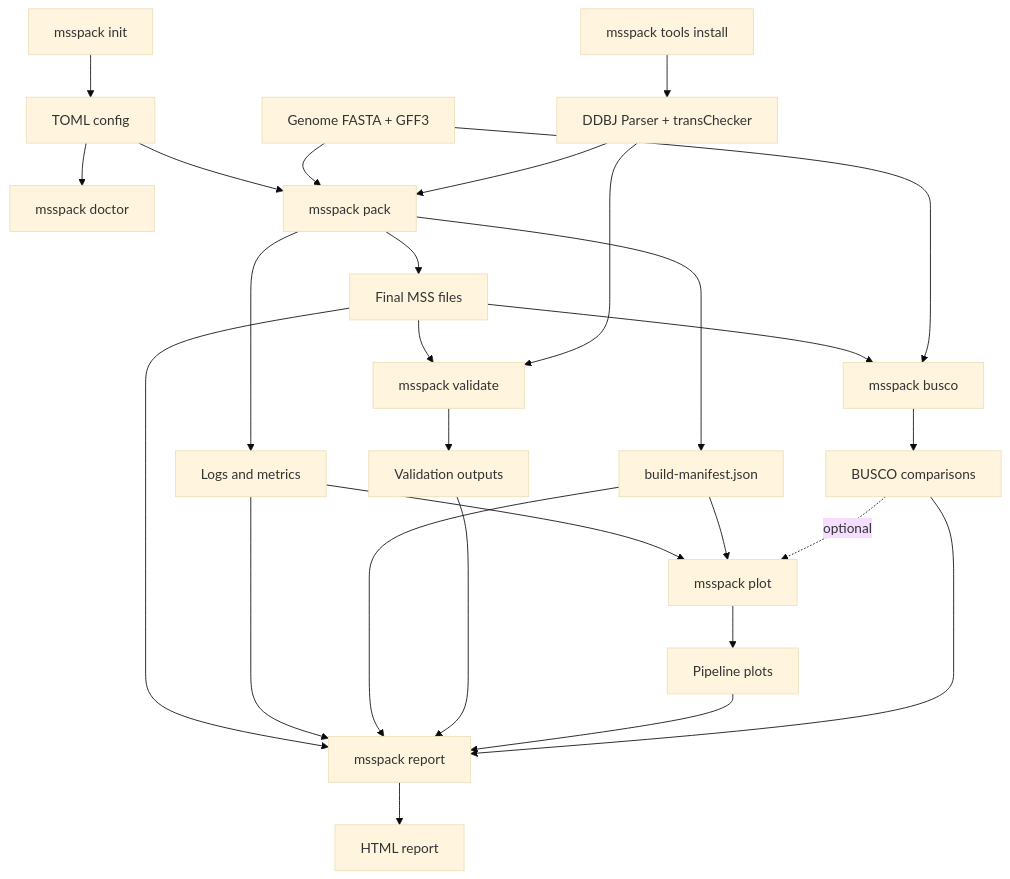
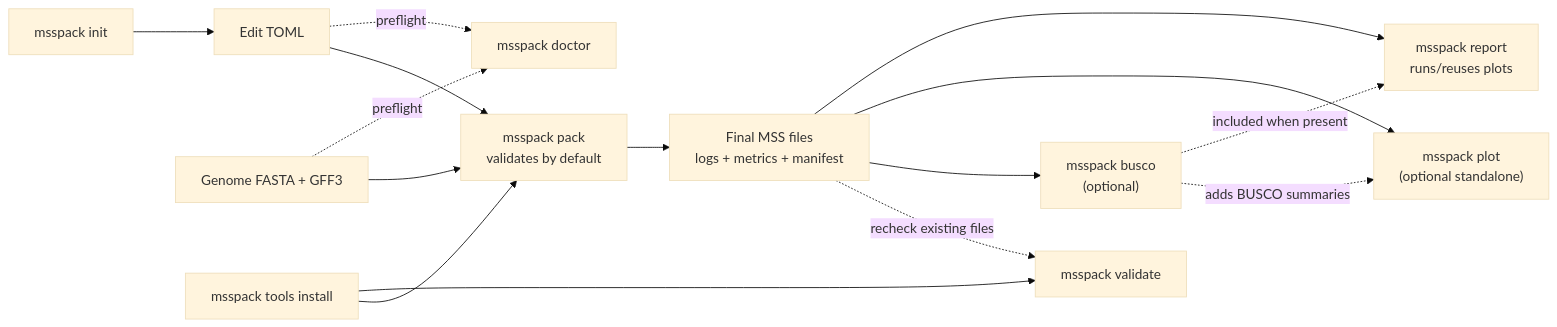
Before and after one commit to kfuku52/msspack: the diagram in README.md, drawn with Mermaid (base theme). The commit also changed other lines of this file and 10 other files, not shown here.

````diff
--- a/README.md
+++ b/README.md
@@ -107,40 +103,17 @@
 ```mermaid
-flowchart TD
-  Config["TOML config"]
-  Inputs["Genome FASTA + GFF3"]
-  Tools["DDBJ Parser + transChecker"]
-  FinalFiles["Final MSS files"]
-  Logs["Logs and metrics"]
-  Manifest["build-manifest.json"]
-  Validation["Validation outputs"]
-  Plots["Pipeline plots"]
-  Busco["BUSCO comparisons"]
-  Report["HTML report"]
-
-  Init["msspack init"] --> Config
-  Config --> Doctor["msspack doctor"]
-  Install["msspack tools install"] --> Tools
-  Config --> Pack["msspack pack"]
-  Inputs --> Pack
-  Tools --> Pack
-  Pack --> FinalFiles
-  Pack --> Logs
-  Pack --> Manifest
-  FinalFiles --> Validate["msspack validate"]
-  Tools --> Validate
-  Validate --> Validation
-  Logs --> Plot["msspack plot"]
-  Manifest --> Plot
-  Plot --> Plots
-  FinalFiles --> BuscoCmd["msspack busco"]
-  Inputs --> BuscoCmd
-  BuscoCmd --> Busco
-  Busco -. optional .-> Plot
-  FinalFiles --> ReportCmd["msspack report"]
-  Logs --> ReportCmd
-  Manifest --> ReportCmd
-  Validation --> ReportCmd
-  Plots --> ReportCmd
-  Busco --> ReportCmd
-  ReportCmd --> Report
+flowchart LR
+  Init["msspack init"] --> Config["Edit TOML"]
+  Config --> Pack["msspack pack<br/>validates by default"]
+  Inputs["Genome FASTA + GFF3"] --> Pack
+  Install["msspack tools install"] --> Pack
+  Config -. preflight .-> Doctor["msspack doctor"]
+  Inputs -. preflight .-> Doctor
+  Pack --> Build["Final MSS files<br/>logs + metrics + manifest"]
+  Build -. recheck existing files .-> Validate["msspack validate"]
+  Install --> Validate
+  Build --> Busco["msspack busco<br/>(optional)"]
+  Build --> Plot["msspack plot<br/>(optional standalone)"]
+  Busco -. adds BUSCO summaries .-> Plot
+  Build --> Report["msspack report<br/>runs/reuses plots"]
+  Busco -. included when present .-> Report
 ```
````
